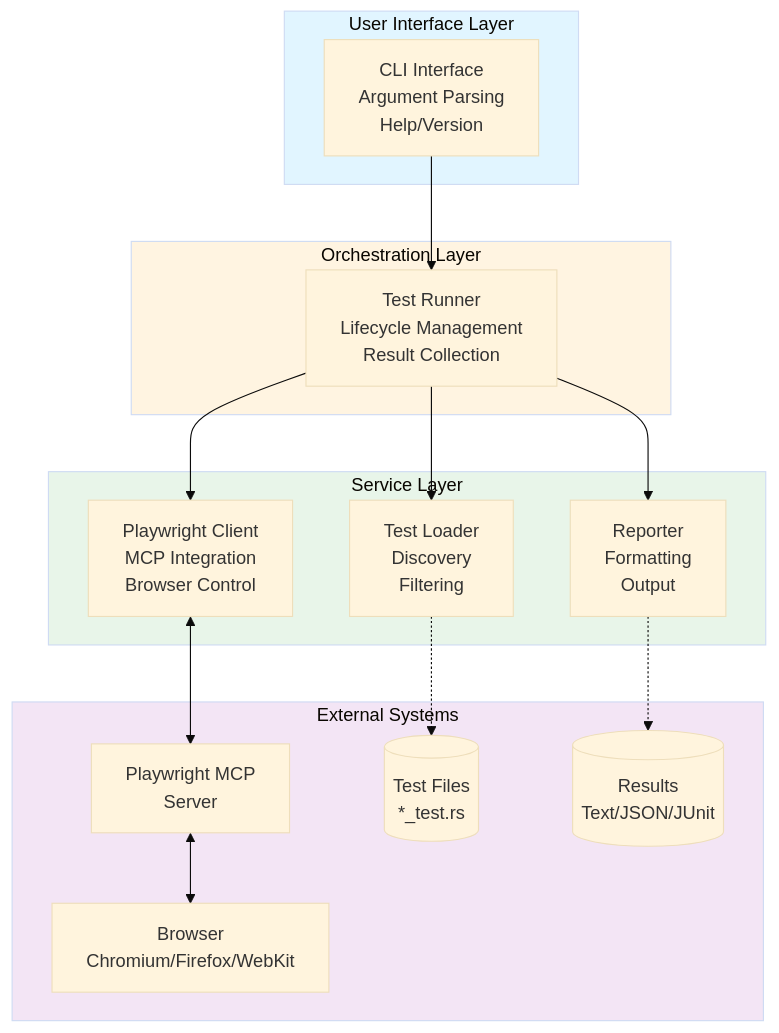
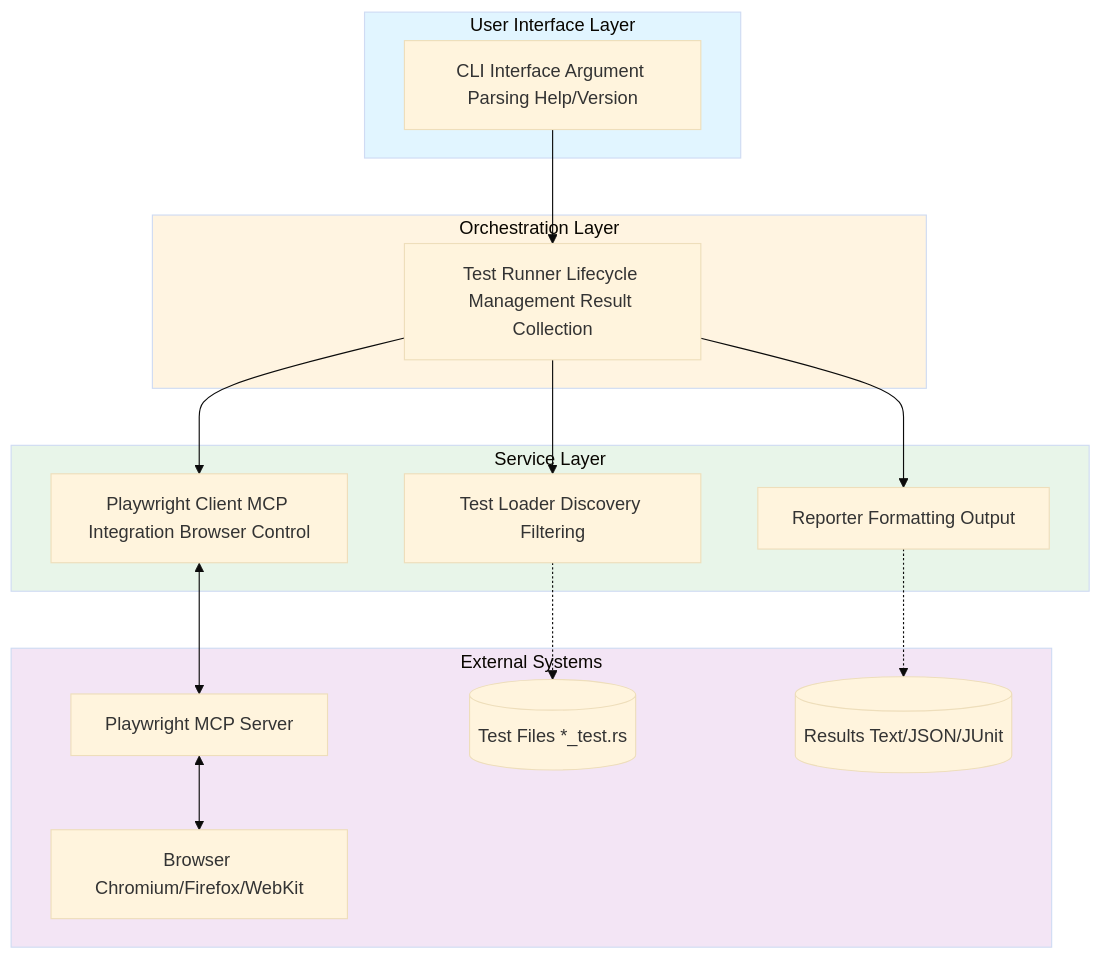
Before and after one commit to softwarewrighter/ui-test-rs: the first of 14 diagrams in wiki/Architecture.md, drawn with Mermaid (base theme). The commit also changed other lines of this file and 10 other files, not shown here.

First line of the commit message:
Fix wiki Mermaid diagrams: remove <br/> tags

````diff
--- a/wiki/Architecture.md
+++ b/wiki/Architecture.md
@@ -11,38 +11,38 @@
 ```mermaid
 flowchart TB
     subgraph UserInterface["User Interface Layer"]
-        CLI[CLI Interface<br/>Argument Parsing<br/>Help/Version]
+        CLI[CLI Interface Argument Parsing Help/Version]
     end
 
     subgraph Orchestration["Orchestration Layer"]
-        Runner[Test Runner<br/>Lifecycle Management<br/>Result Collection]
+        Runner[Test Runner Lifecycle Management Result Collection]
     end
 
     subgraph Services["Service Layer"]
-        Loader[Test Loader<br/>Discovery<br/>Filtering]
-        PW[Playwright Client<br/>MCP Integration<br/>Browser Control]
-        Reporter[Reporter<br/>Formatting<br/>Output]
+        Loader[Test Loader Discovery Filtering]
+        PW[Playwright Client MCP Integration Browser Control]
+        Reporter[Reporter Formatting Output]
     end
 
     subgraph External["External Systems"]
-        MCPServer[Playwright MCP<br/>Server]
-        Browser[Browser<br/>Chromium/Firefox/WebKit]
-        TestFiles[(Test Files<br/>*_test.rs)]
-        Output[(Results<br/>Text/JSON/JUnit)]
+        MCPServer[Playwright MCP Server]
+        Browser[Browser Chromium/Firefox/WebKit]
+        TestFiles[(Test Files *_test.rs)]
+        Output[(Results Text/JSON/JUnit)]
     end
 
     CLI --> Runner
     Runner --> Loader
     Runner --> PW
     Runner --> Reporter
 
     Loader -.-> TestFiles
     PW <--> MCPServer
     MCPServer <--> Browser
     Reporter -.-> Output
 
     style UserInterface fill:#e1f5ff
     style Orchestration fill:#fff4e1
     style Services fill:#e8f5e9
     style External fill:#f3e5f5
 ```
````
